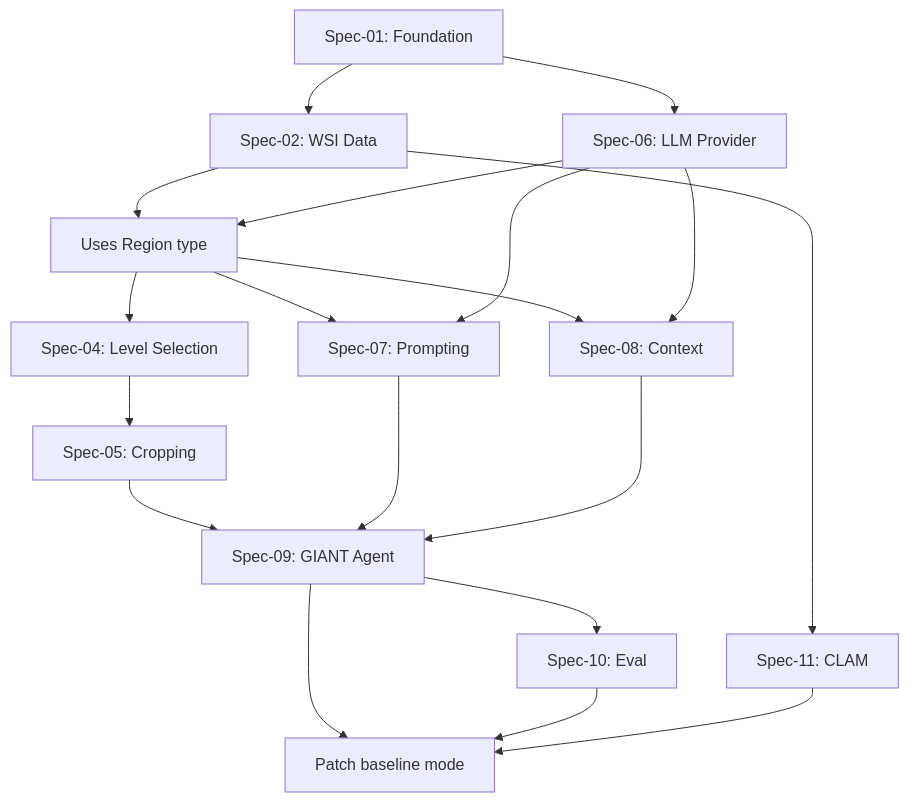
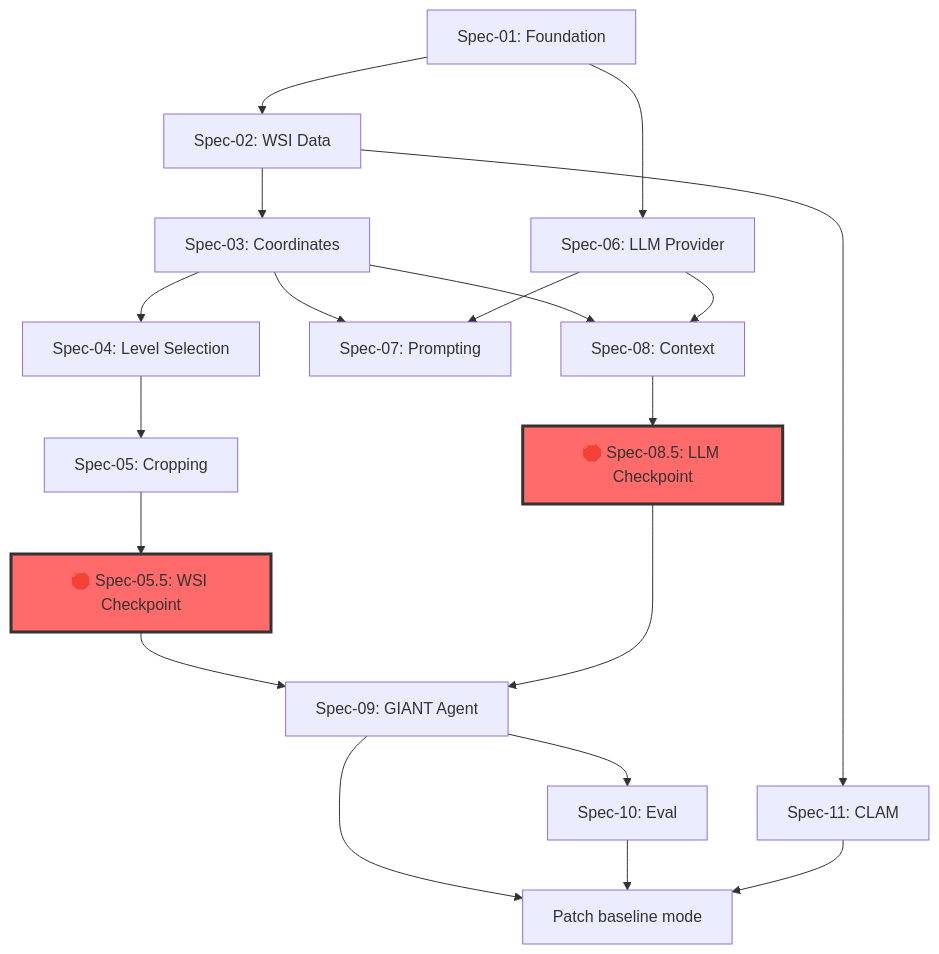
Before and after one commit to The-Obstacle-Is-The-Way/gigapixel-goblin: the diagram in docs/specs/README.md, drawn with Mermaid. The commit also changed other lines of this file and 12 other files, not shown here.

First line of the commit message:
feat(spec-02): WSI data layer & OpenSlide integration (#4)

````diff
--- a/docs/specs/README.md
+++ b/docs/specs/README.md
@@ -47,21 +49,24 @@
 ```mermaid
 graph TD
     S01[Spec-01: Foundation] --> S02[Spec-02: WSI Data]
     S01 --> S06[Spec-06: LLM Provider]
     S02 --> S03[Spec-03: Coordinates]
     S02 --> S11[Spec-11: CLAM]
     S03 --> S04[Spec-04: Level Selection]
     S03 --> S07[Spec-07: Prompting]
     S03 --> S08[Spec-08: Context]
     S04 --> S05[Spec-05: Cropping]
-    S06 --> S03[Uses Region type]
     S06 --> S07
     S06 --> S08
-    S05 --> S09[Spec-09: GIANT Agent]
-    S07 --> S09
-    S08 --> S09
+    S05 --> S055[🛑 Spec-05.5: WSI Checkpoint]
+    S08 --> S085[🛑 Spec-08.5: LLM Checkpoint]
+    S055 --> S09[Spec-09: GIANT Agent]
+    S085 --> S09
     S09 --> S10[Spec-10: Eval]
     S09 --> S12[Spec-12: CLI]
     S10 --> S12
     S11 --> S12[Patch baseline mode]
+
+    style S055 fill:#ff6b6b,stroke:#333,stroke-width:3px
+    style S085 fill:#ff6b6b,stroke:#333,stroke-width:3px
 ```
````
